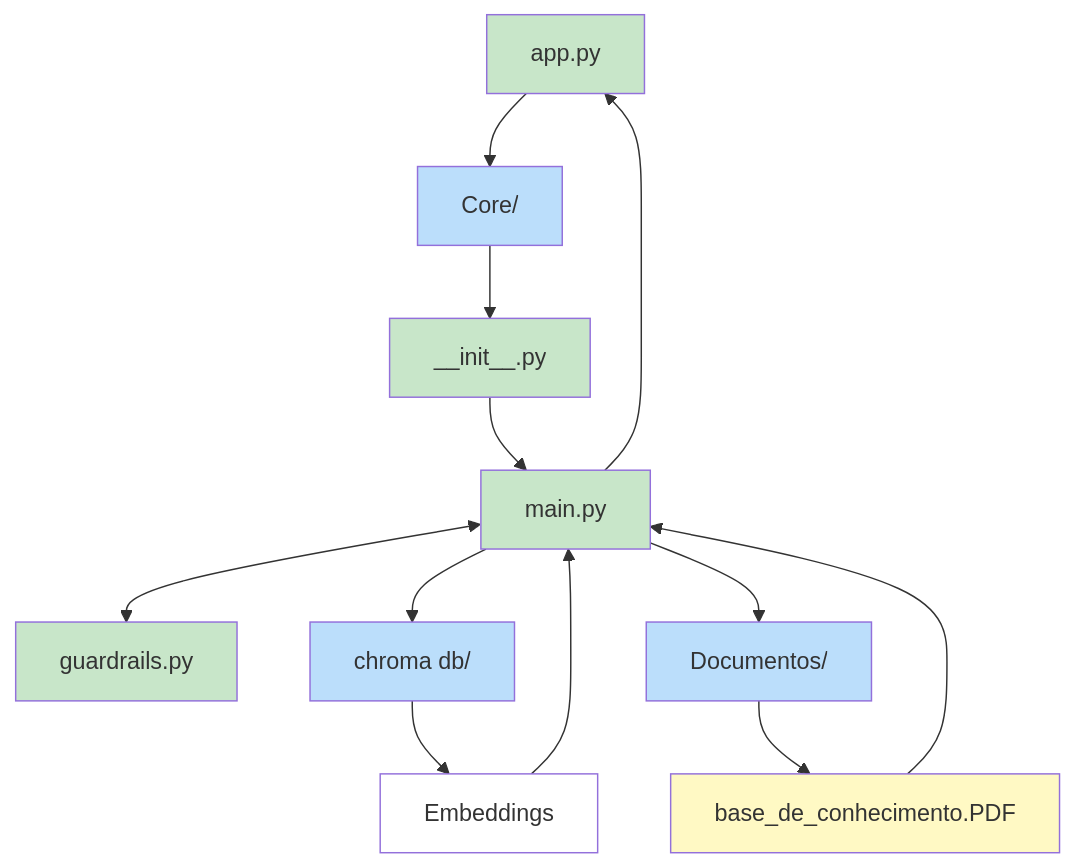
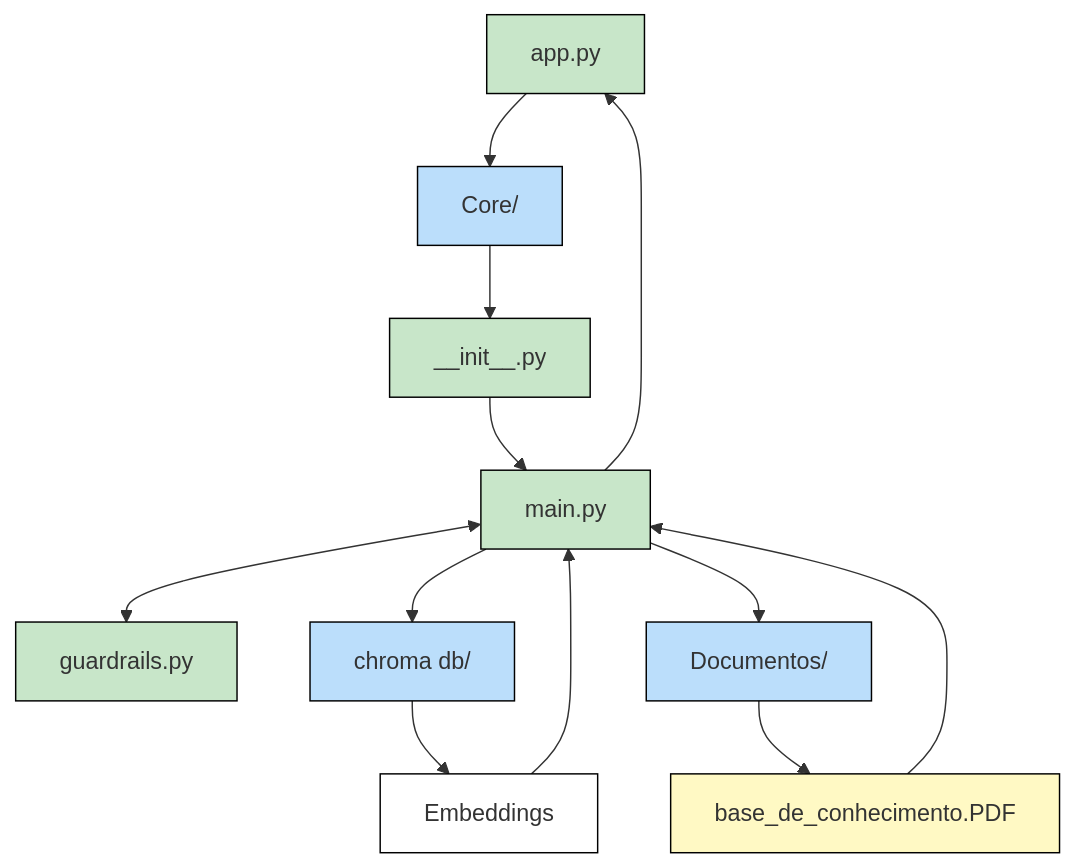
The second of 2 diagrams in docs/01-documentacao-agente.md (flaviarv/chatbot-crypto-exchange-products-and-services), drawn with Mermaid before and after one commit.

Commit message:
Enhance node styles with stroke colors
Added stroke color to node styles for better visibility.

````diff
--- a/docs/01-documentacao-agente.md
+++ b/docs/01-documentacao-agente.md
@@ -50,25 +50,25 @@
 ```mermaid
 flowchart TB
     n1["app.py"] --> n2["Core/"]
     n2 --> n3["__init__.py"]
     n3 --> n4["main.py"]
     n4 <--> n5["guardrails.py"]
     n4 --> n8["chroma db/"]
     n4 --> n6["Documentos/"]
     n4 --> n1
     n6 --> n7["base_de_conhecimento.PDF"]
     n7 --> n4
     n8 --> n9["Embeddings"]
     n9 --> n4
 
     %% estilos
-    style n1 fill:#C8E6C9
-    style n2 fill:#BBDEFB
-    style n3 fill:#C8E6C9
-    style n4 fill:#C8E6C9
-    style n5 fill:#C8E6C9
-    style n8 fill:#BBDEFB
-    style n6 fill:#BBDEFB
-    style n7 fill:#FFF9C4
-    style n9 fill:#ffffff
+    style n1 fill:#C8E6C9,stroke:#000000
+    style n2 fill:#BBDEFB,stroke:#000000
+    style n3 fill:#C8E6C9,stroke:#000000
+    style n4 fill:#C8E6C9,stroke:#000000
+    style n5 fill:#C8E6C9,stroke:#000000
+    style n8 fill:#BBDEFB,stroke:#000000
+    style n6 fill:#BBDEFB,stroke:#000000
+    style n7 fill:#FFF9C4,stroke:#000000
+    style n9 fill:#ffffff,stroke:#000000
 ```
````
